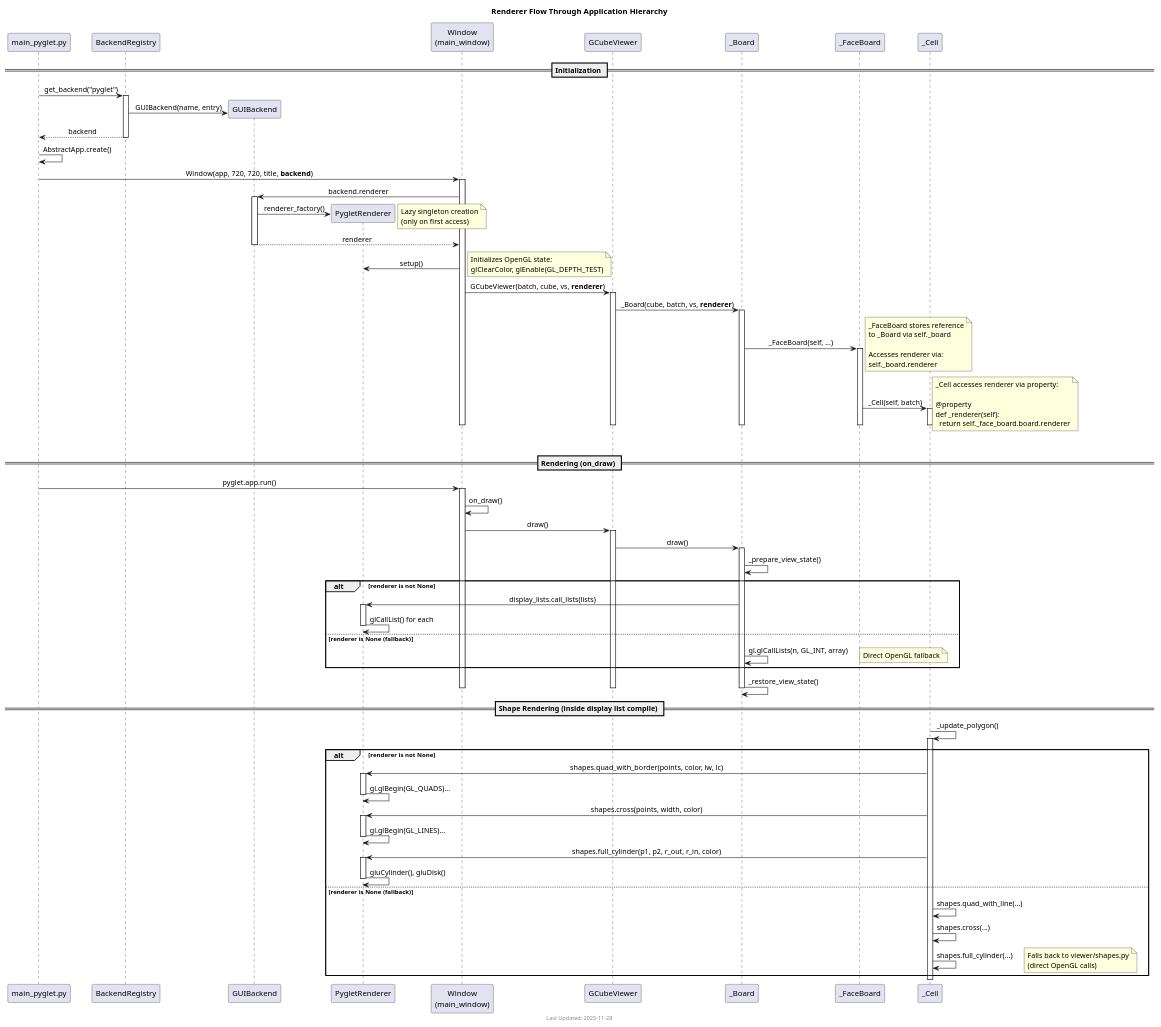
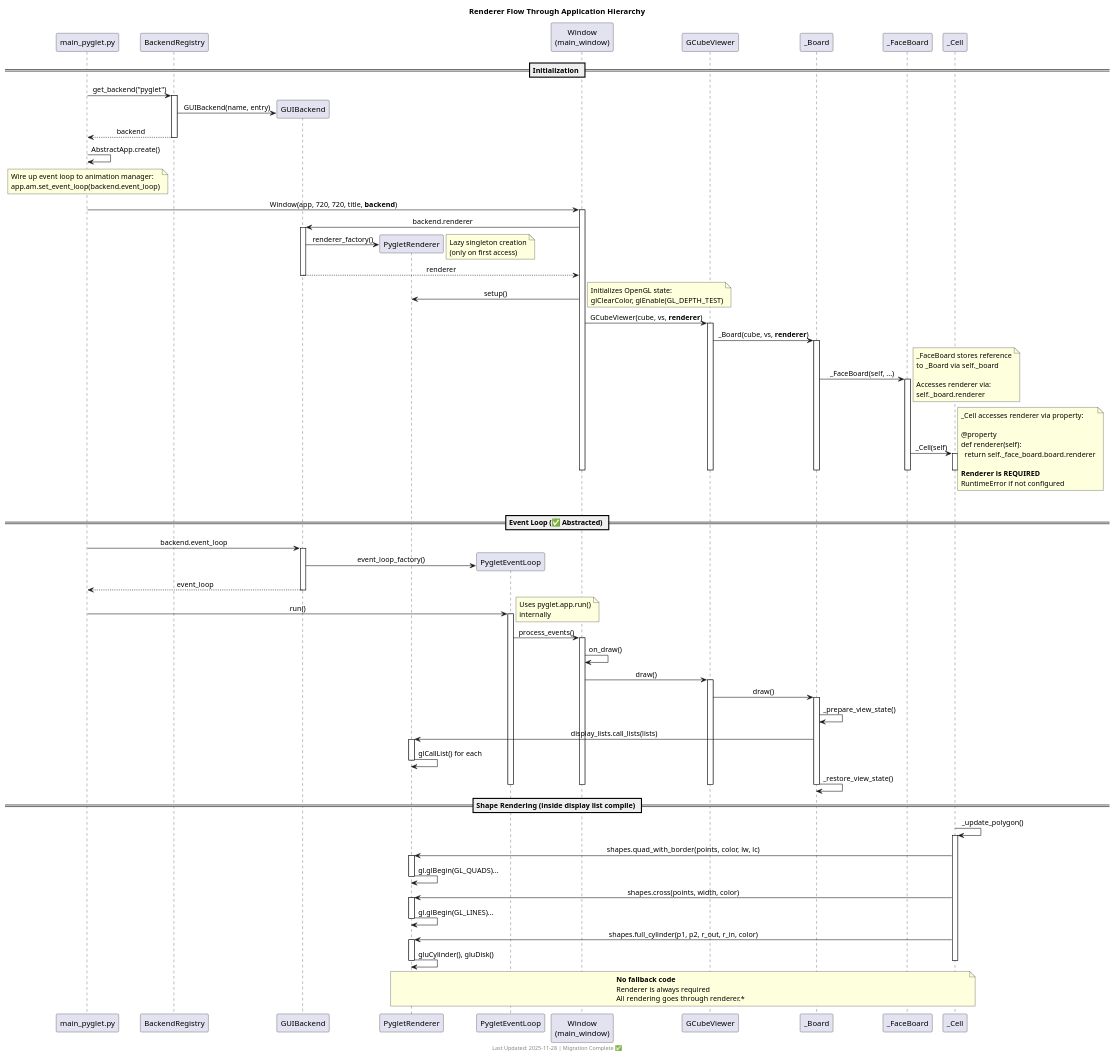
The diagram in docs/design/renderer_flow.puml (boaznahum/cubesolve), drawn with PlantUML before and after one commit. The commit also changed 5 other files, not shown here.

```diff
--- a/docs/design/renderer_flow.puml
+++ b/docs/design/renderer_flow.puml
@@ -1,133 +1,148 @@
 @startuml Renderer Flow
 
 title Renderer Flow Through Application Hierarchy
-footer Last Updated: 2025-11-28
+footer Last Updated: 2025-11-28 | Migration Complete ✅
 
 skinparam sequenceMessageAlign center
 skinparam responseMessageBelowArrow true
 
 participant "main_pyglet.py" as main
 participant "BackendRegistry" as registry
 participant "GUIBackend" as backend
 participant "PygletRenderer" as renderer
+participant "PygletEventLoop" as eventloop
 participant "Window\n(main_window)" as window
 participant "GCubeViewer" as viewer
 participant "_Board" as board
 participant "_FaceBoard" as faceboard
 participant "_Cell" as cell
 
 == Initialization ==
 
 main -> registry : get_backend("pyglet")
 activate registry
 registry -> backend ** : GUIBackend(name, entry)
 registry --> main : backend
 deactivate registry
 
 main -> main : AbstractApp.create()
 
+note over main
+  Wire up event loop to animation manager:
+  app.am.set_event_loop(backend.event_loop)
+end note
+
 main -> window : Window(app, 720, 720, title, **backend**)
 activate window
 
 window -> backend : backend.renderer
 activate backend
 backend -> renderer ** : renderer_factory()
 note right: Lazy singleton creation\n(only on first access)
 backend --> window : renderer
 deactivate backend
 
 window -> renderer : setup()
 note right: Initializes OpenGL state:\nglClearColor, glEnable(GL_DEPTH_TEST)
 
-window -> viewer : GCubeViewer(batch, cube, vs, **renderer**)
+window -> viewer : GCubeViewer(cube, vs, **renderer**)
 activate viewer
 
-viewer -> board : _Board(cube, batch, vs, **renderer**)
+viewer -> board : _Board(cube, vs, **renderer**)
 activate board
 
 board -> faceboard : _FaceBoard(self, ...)
 activate faceboard
 note right
   _FaceBoard stores reference
   to _Board via self._board
 
   Accesses renderer via:
   self._board.renderer
 end note
 
-faceboard -> cell : _Cell(self, batch)
+faceboard -> cell : _Cell(self)
 activate cell
 note right
   _Cell accesses renderer via property:
 
   @property
-  def _renderer(self):
+  def renderer(self):
     return self._face_board.board.renderer
+
+  **Renderer is REQUIRED**
+  RuntimeError if not configured
 end note
 
 deactivate cell
 deactivate faceboard
 deactivate board
 deactivate viewer
 deactivate window
 
-== Rendering (on_draw) ==
+== Event Loop (✅ Abstracted) ==
 
-main -> window : pyglet.app.run()
+main -> backend : backend.event_loop
+activate backend
+backend -> eventloop ** : event_loop_factory()
+backend --> main : event_loop
+deactivate backend
+
+main -> eventloop : run()
+activate eventloop
+note right: Uses pyglet.app.run()\ninternally
+
+eventloop -> window : process_events()
 activate window
 
 window -> window : on_draw()
 window -> viewer : draw()
 activate viewer
 
 viewer -> board : draw()
 activate board
 
 board -> board : _prepare_view_state()
 
-alt renderer is not None
-  board -> renderer : display_lists.call_lists(lists)
-  activate renderer
-  renderer -> renderer : glCallList() for each
-  deactivate renderer
-else renderer is None (fallback)
-  board -> board : gl.glCallLists(n, GL_INT, array)
-  note right: Direct OpenGL fallback
-end
+board -> renderer : display_lists.call_lists(lists)
+activate renderer
+renderer -> renderer : glCallList() for each
+deactivate renderer
 
 board -> board : _restore_view_state()
 
 deactivate board
 deactivate viewer
 deactivate window
 
+deactivate eventloop
+
 == Shape Rendering (inside display list compile) ==
 
 cell -> cell : _update_polygon()
 activate cell
 
-alt renderer is not None
-  cell -> renderer : shapes.quad_with_border(points, color, lw, lc)
-  activate renderer
-  renderer -> renderer : gl.glBegin(GL_QUADS)...
-  deactivate renderer
+cell -> renderer : shapes.quad_with_border(points, color, lw, lc)
+activate renderer
+renderer -> renderer : gl.glBegin(GL_QUADS)...
+deactivate renderer
 
-  cell -> renderer : shapes.cross(points, width, color)
-  activate renderer
-  renderer -> renderer : gl.glBegin(GL_LINES)...
-  deactivate renderer
+cell -> renderer : shapes.cross(points, width, color)
+activate renderer
+renderer -> renderer : gl.glBegin(GL_LINES)...
+deactivate renderer
 
-  cell -> renderer : shapes.full_cylinder(p1, p2, r_out, r_in, color)
-  activate renderer
-  renderer -> renderer : gluCylinder(), gluDisk()
-  deactivate renderer
-else renderer is None (fallback)
-  cell -> cell : shapes.quad_with_line(...)
-  cell -> cell : shapes.cross(...)
-  cell -> cell : shapes.full_cylinder(...)
-  note right: Falls back to viewer/shapes.py\n(direct OpenGL calls)
-end
+cell -> renderer : shapes.full_cylinder(p1, p2, r_out, r_in, color)
+activate renderer
+renderer -> renderer : gluCylinder(), gluDisk()
+deactivate renderer
 
 deactivate cell
 
+note over cell, renderer
+  **No fallback code**
+  Renderer is always required
+  All rendering goes through renderer.*
+end note
+
 @enduml
```
